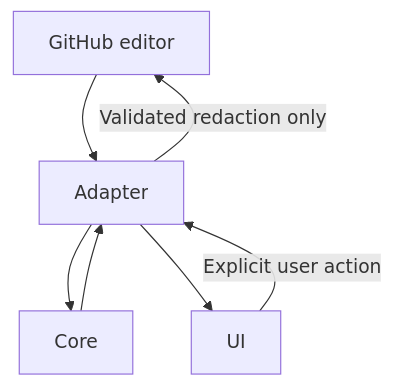
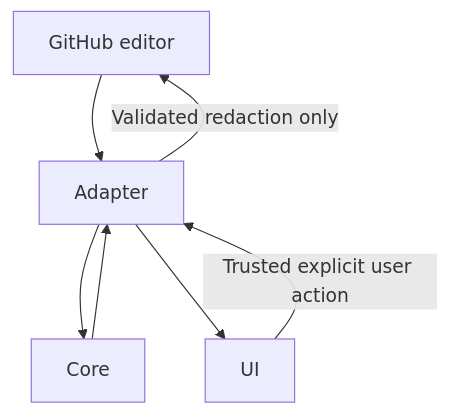
Before and after one commit to johnnylemonny/safe-paste: the first of 3 diagrams in docs/design.md, drawn with Mermaid. The commit also changed other lines of this file, not shown here.

````diff
--- a/docs/design.md
+++ b/docs/design.md
@@ -50,9 +52,9 @@
 ```mermaid
 flowchart TD
     Editor[GitHub editor] --> Adapter
     Adapter --> Core
     Core --> Adapter
     Adapter --> UI
-    UI -->|Explicit user action| Adapter
+    UI -->|Trusted explicit user action| Adapter
     Adapter -->|Validated redaction only| Editor
 ```
````
